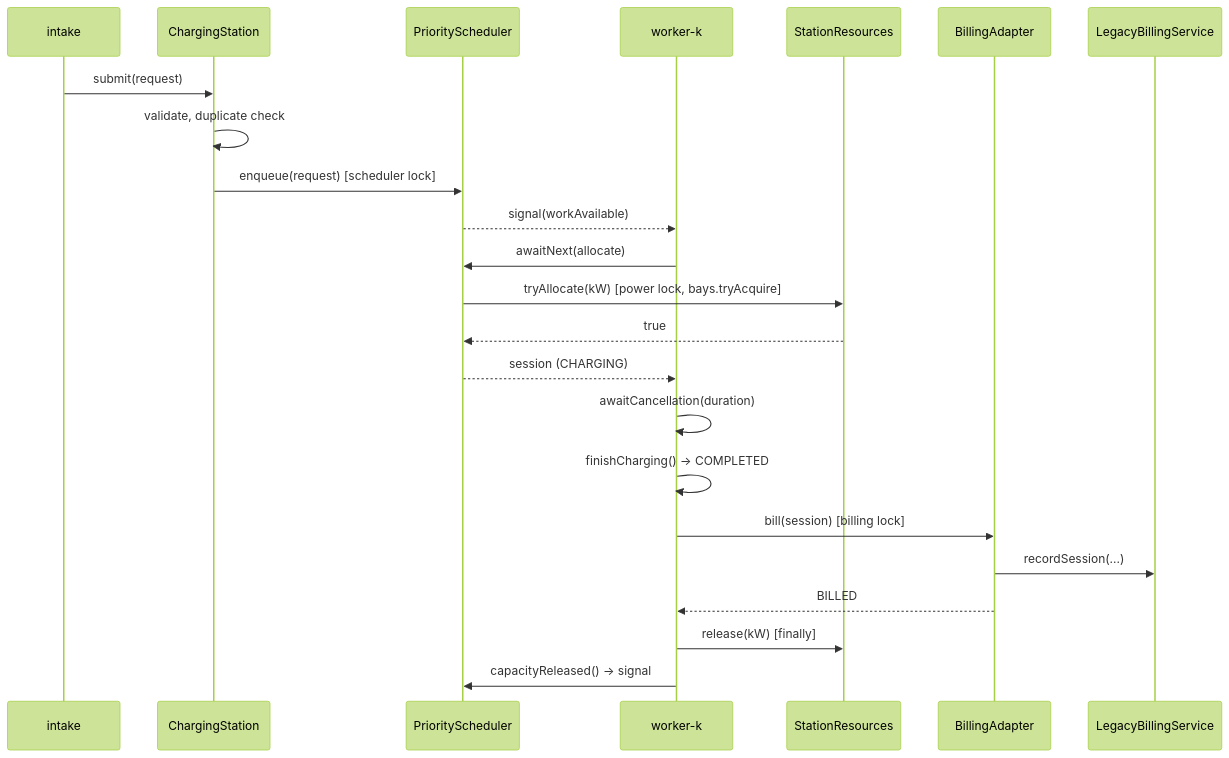
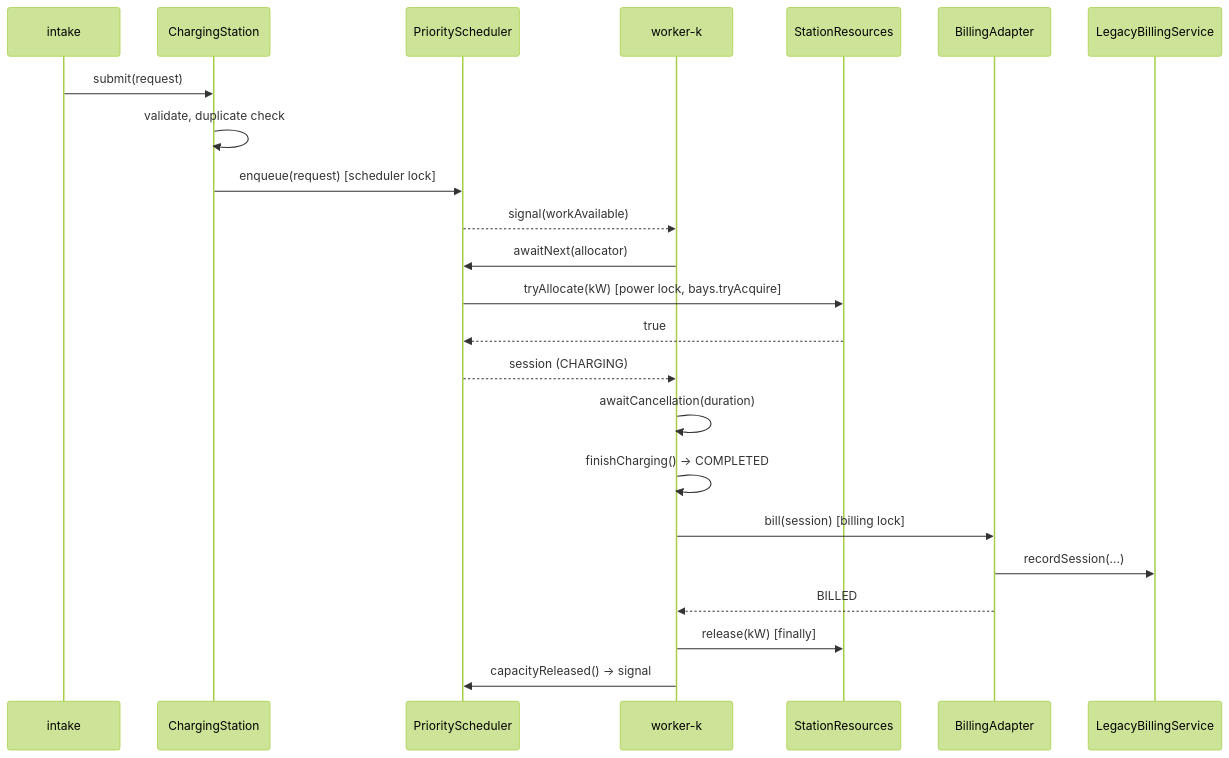
One commit to ruchiranagare09/smartcharge changed the third of 4 diagrams in docs/design.md. Above: the diagram before and after it, drawn with Mermaid (forest theme). The commit also changed other lines of this file, not shown here.

Commit message:
Add use case diagram and trace each design contract to its model elements

````diff
--- a/docs/design.md
+++ b/docs/design.md
@@ -292,25 +307,25 @@
 ```mermaid
 sequenceDiagram
     participant I as intake
     participant St as ChargingStation
     participant Sc as PriorityScheduler
     participant W as worker-k
     participant R as StationResources
     participant B as BillingAdapter
     participant L as LegacyBillingService
     I->>St: submit(request)
     St->>St: validate, duplicate check
     St->>Sc: enqueue(request) [scheduler lock]
     Sc-->>W: signal(workAvailable)
-    W->>Sc: awaitNext(allocate)
+    W->>Sc: awaitNext(allocator)
     Sc->>R: tryAllocate(kW) [power lock, bays.tryAcquire]
     R-->>Sc: true
     Sc-->>W: session (CHARGING)
     W->>W: awaitCancellation(duration)
     W->>W: finishCharging() -> COMPLETED
     W->>B: bill(session) [billing lock]
     B->>L: recordSession(...)
     B-->>W: BILLED
     W->>R: release(kW) [finally]
     W->>Sc: capacityReleased() -> signal
 ```
````
